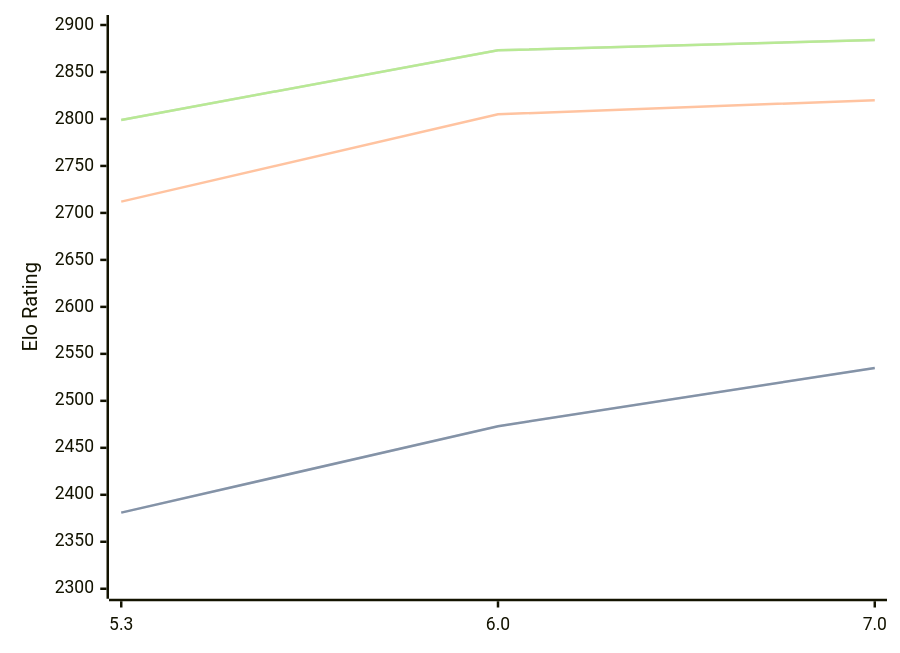
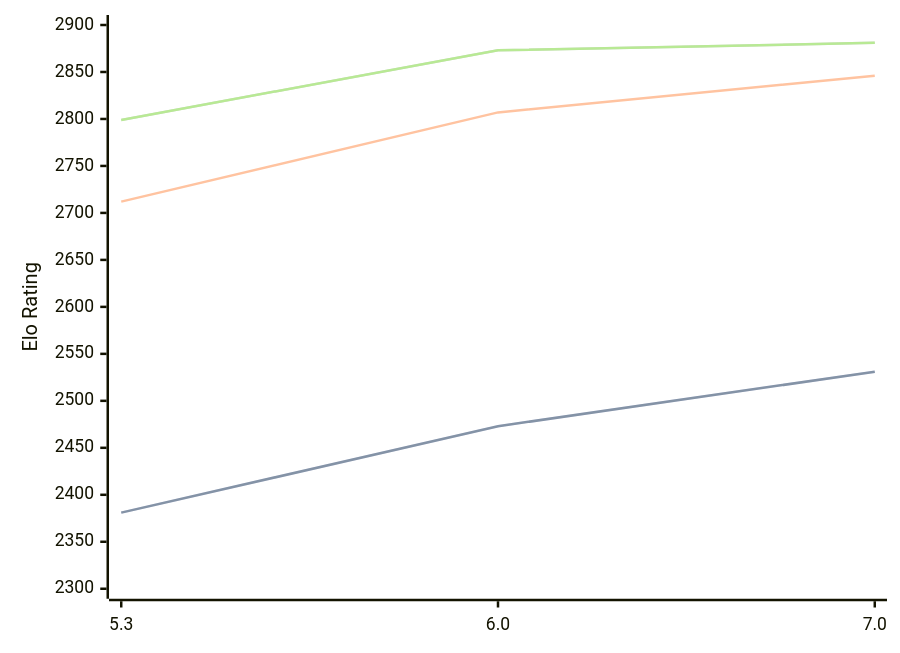
Before and after one commit to computer-chess-index/cci: the third of 3 diagrams in engines/tomitankChess.md, drawn with Mermaid. The commit also changed other lines of this file, not shown here.

Commit message:
Update CCI Ratings (ELO VLTC) - 2026-07-13

````diff
--- a/engines/tomitankChess.md
+++ b/engines/tomitankChess.md
@@ -74,11 +74,11 @@
 ```mermaid
 %%{init: {"theme":"base","themeVariables":{"seriesColors:['#a3a3a3','#222221','#faa371']}}}%%
 xychart-beta
   x-axis ["5.3", "6.0", "7.0"]
   y-axis "Elo Rating" 2300 --> 2900
-  line "STC (8.0+0.08s)" [2381, 2473, 2535]
-  line "STC (8.0+0.08s)" [2381, 2473, 2535]
-  line "LTC (60.0+0.60s)" [2712, 2805, 2820]
-  line "VLTC (2m24s+1.12s)" [2799, 2873, 2884]
-  line "VLTC (2m24s+1.12s)" [2799, 2873, 2884]
+  line "STC (8.0+0.08s)" [2381, 2473, 2531]
+  line "STC (8.0+0.08s)" [2381, 2473, 2531]
+  line "LTC (60.0+0.60s)" [2712, 2807, 2846]
+  line "VLTC (2m24s+1.12s)" [2799, 2873, 2881]
+  line "VLTC (2m24s+1.12s)" [2799, 2873, 2881]
 ```
````
